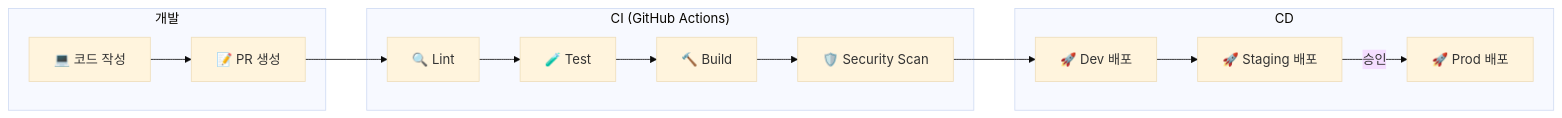
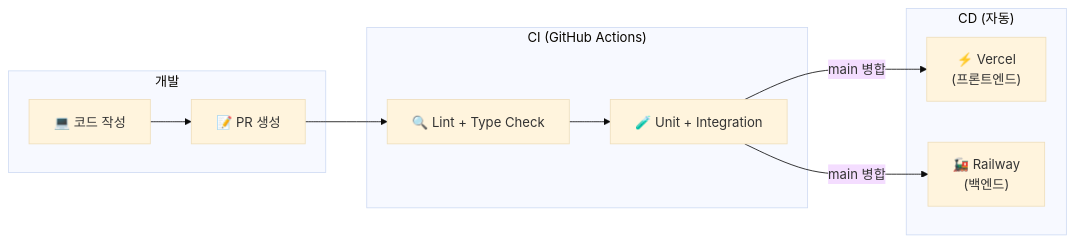
The ninth of 9 diagrams in docs/specs/ARCHITECTURE.md (Prometheus-P/OndaCoreana), drawn with Mermaid (base theme) before and after one commit. The commit also changed other lines of this file and 3 other files, not shown here.

````diff
--- a/docs/specs/ARCHITECTURE.md
+++ b/docs/specs/ARCHITECTURE.md
@@ -696,29 +741,23 @@
 ```mermaid
 graph LR
     subgraph Development["개발"]
         Code["💻 코드 작성"]
         PR["📝 PR 생성"]
     end
 
     subgraph CI["CI (GitHub Actions)"]
-        Lint["🔍 Lint"]
-        Test["🧪 Test"]
-        Build["🔨 Build"]
-        Scan["🛡️ Security Scan"]
+        Lint["🔍 Lint + Type Check"]
+        Test["🧪 Unit + Integration"]
     end
 
-    subgraph CD["CD"]
-        Deploy_Dev["🚀 Dev 배포"]
-        Deploy_Staging["🚀 Staging 배포"]
-        Deploy_Prod["🚀 Prod 배포"]
+    subgraph CD["CD (자동)"]
+        Vercel["⚡ Vercel<br/>(프론트엔드)"]
+        Railway["🚂 Railway<br/>(백엔드)"]
     end
 
     Code --> PR
     PR --> Lint
     Lint --> Test
-    Test --> Build
-    Build --> Scan
-    Scan --> Deploy_Dev
-    Deploy_Dev --> Deploy_Staging
-    Deploy_Staging -->|"승인"| Deploy_Prod
+    Test -->|main 병합| Vercel
+    Test -->|main 병합| Railway
 ```
````
